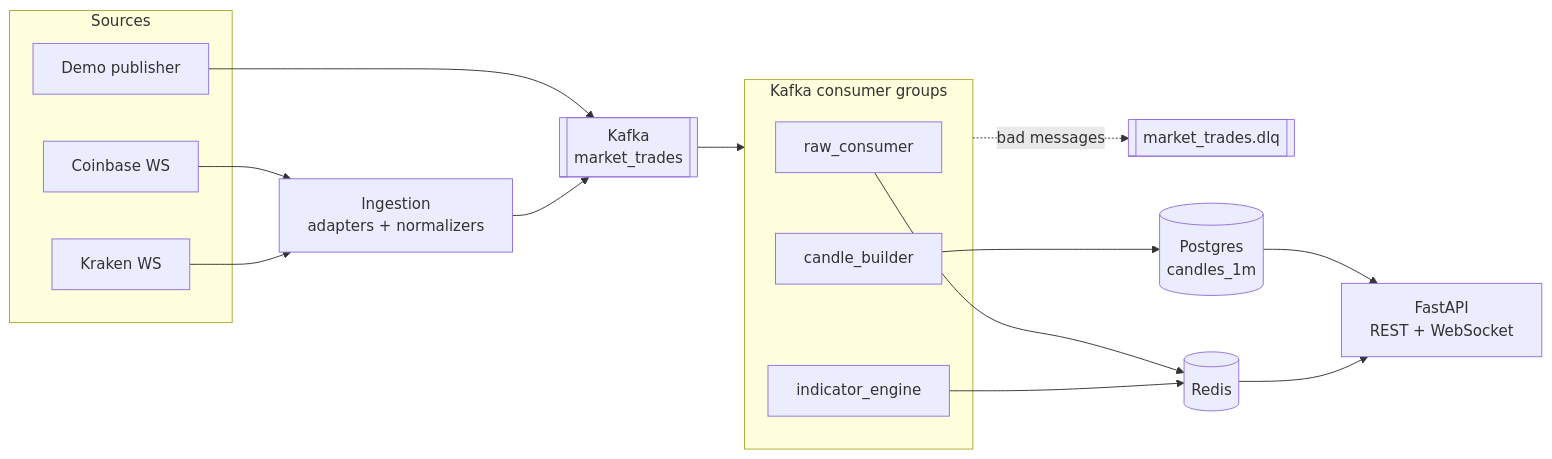
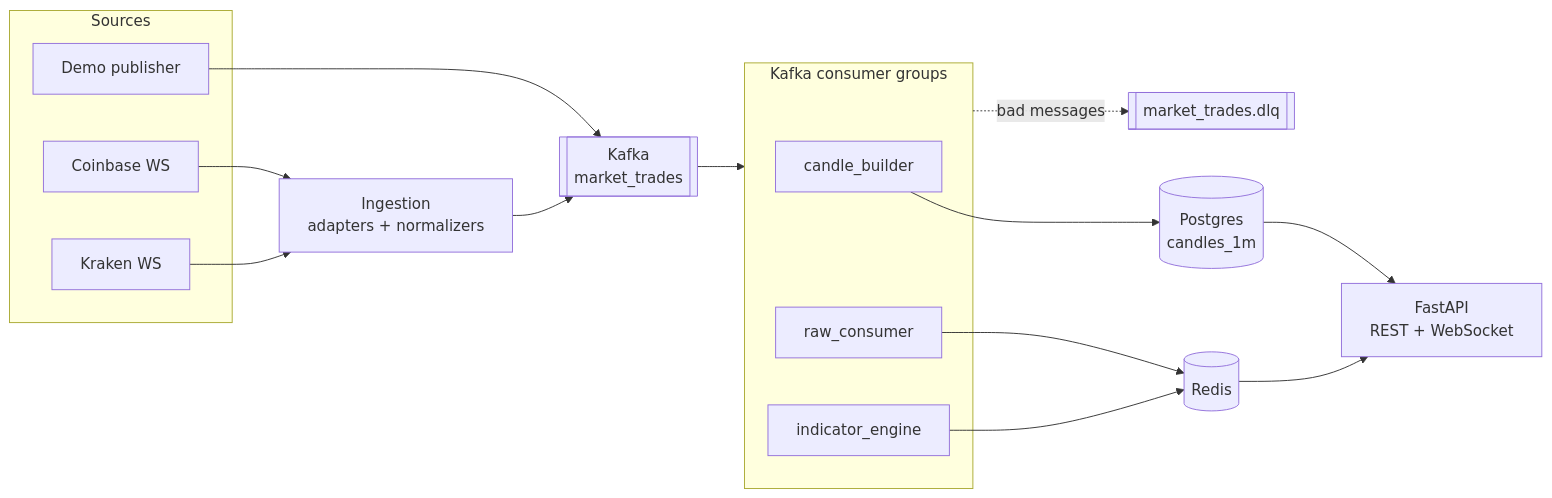
Before and after one commit to obro79/Flux: the diagram in README.md, drawn with Mermaid. The commit also changed other lines of this file, not shown here.

Commit message:
Reorder README diagram nodes to avoid crossing edges

````diff
--- a/README.md
+++ b/README.md
@@ -32,21 +32,21 @@
 ```mermaid
 flowchart LR
     subgraph Sources
         CB[Coinbase WS]
         KR[Kraken WS]
         DM[Demo publisher]
     end
     subgraph Consumers["Kafka consumer groups"]
+        TC[candle_builder]
         RC[raw_consumer]
-        TC[candle_builder]
         IC[indicator_engine]
     end
     CB & KR --> ING[Ingestion<br/>adapters + normalizers]
     DM --> K
     ING --> K[[Kafka<br/>market_trades]]
     K --> Consumers
     Consumers -. bad messages .-> DLQ[[market_trades.dlq]]
     TC --> PG[(Postgres<br/>candles_1m)]
     RC & IC --> RD[(Redis)]
     PG & RD --> API[FastAPI<br/>REST + WebSocket]
 ```
````
